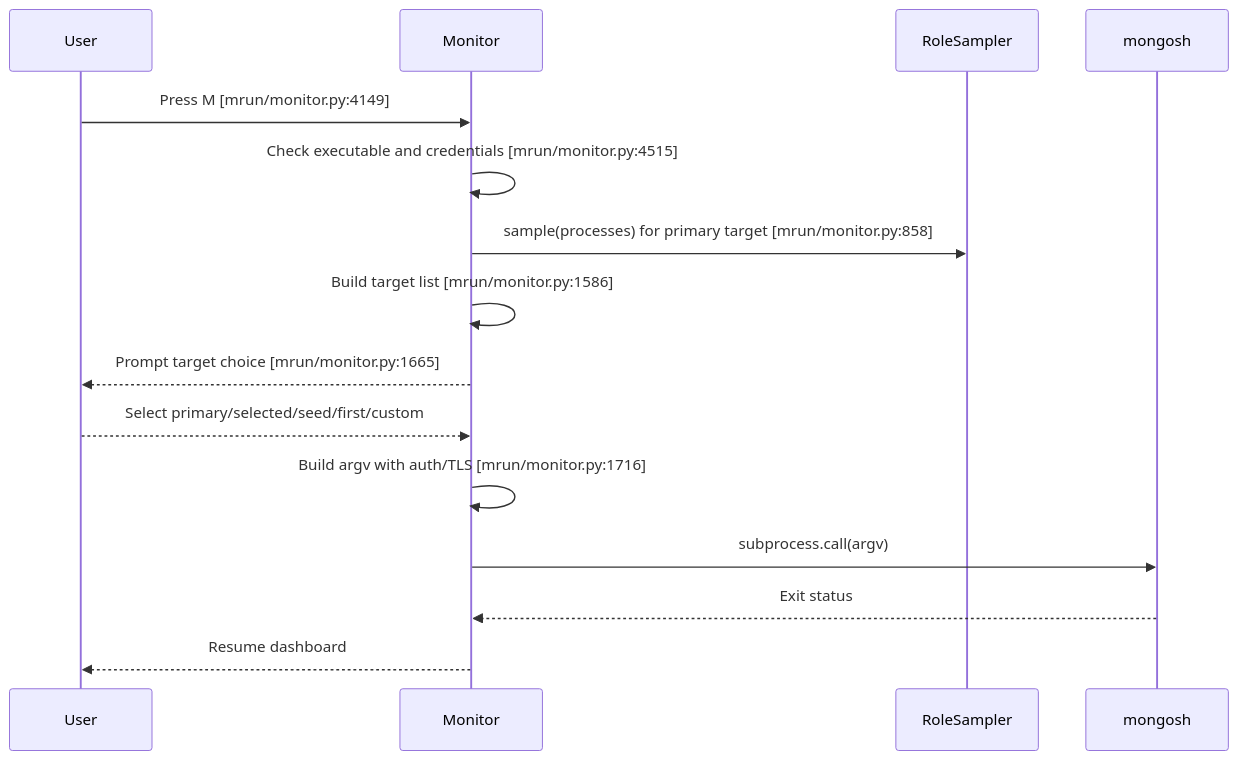
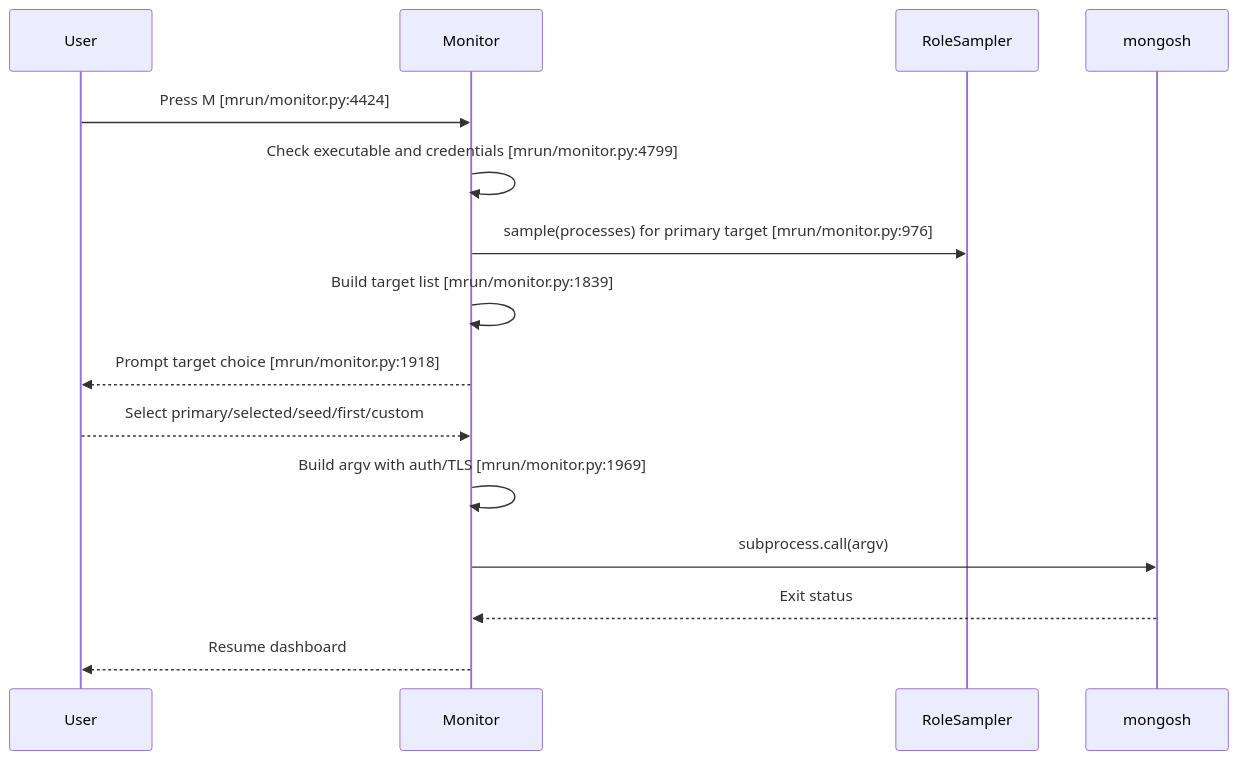
The ninth of 13 diagrams in doc/feature-monitor-guide.md (mongodb/mlaunch), drawn with Mermaid before and after one commit. The commit also changed other lines of this file and 2 other files, not shown here.

Commit message:
docs: document normalized monitor cpu

````diff
--- a/doc/feature-monitor-guide.md
+++ b/doc/feature-monitor-guide.md
@@ -854,18 +858,18 @@
 ```mermaid
 sequenceDiagram
     participant User
     participant Monitor
     participant Role as RoleSampler
     participant Shell as mongosh
 
-    User->>Monitor: Press M [mrun/monitor.py:4149]
-    Monitor->>Monitor: Check executable and credentials [mrun/monitor.py:4515]
-    Monitor->>Role: sample(processes) for primary target [mrun/monitor.py:858]
-    Monitor->>Monitor: Build target list [mrun/monitor.py:1586]
-    Monitor-->>User: Prompt target choice [mrun/monitor.py:1665]
+    User->>Monitor: Press M [mrun/monitor.py:4424]
+    Monitor->>Monitor: Check executable and credentials [mrun/monitor.py:4799]
+    Monitor->>Role: sample(processes) for primary target [mrun/monitor.py:976]
+    Monitor->>Monitor: Build target list [mrun/monitor.py:1839]
+    Monitor-->>User: Prompt target choice [mrun/monitor.py:1918]
     User-->>Monitor: Select primary/selected/seed/first/custom
-    Monitor->>Monitor: Build argv with auth/TLS [mrun/monitor.py:1716]
+    Monitor->>Monitor: Build argv with auth/TLS [mrun/monitor.py:1969]
     Monitor->>Shell: subprocess.call(argv)
     Shell-->>Monitor: Exit status
     Monitor-->>User: Resume dashboard
 ```
````
